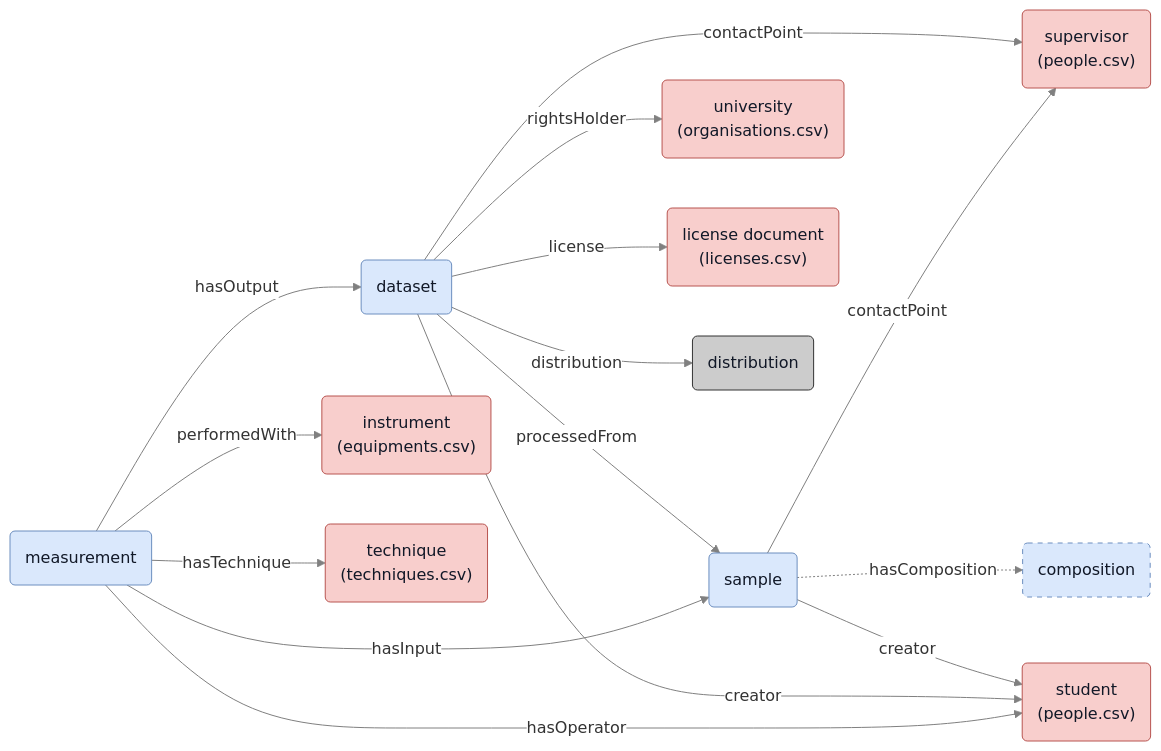
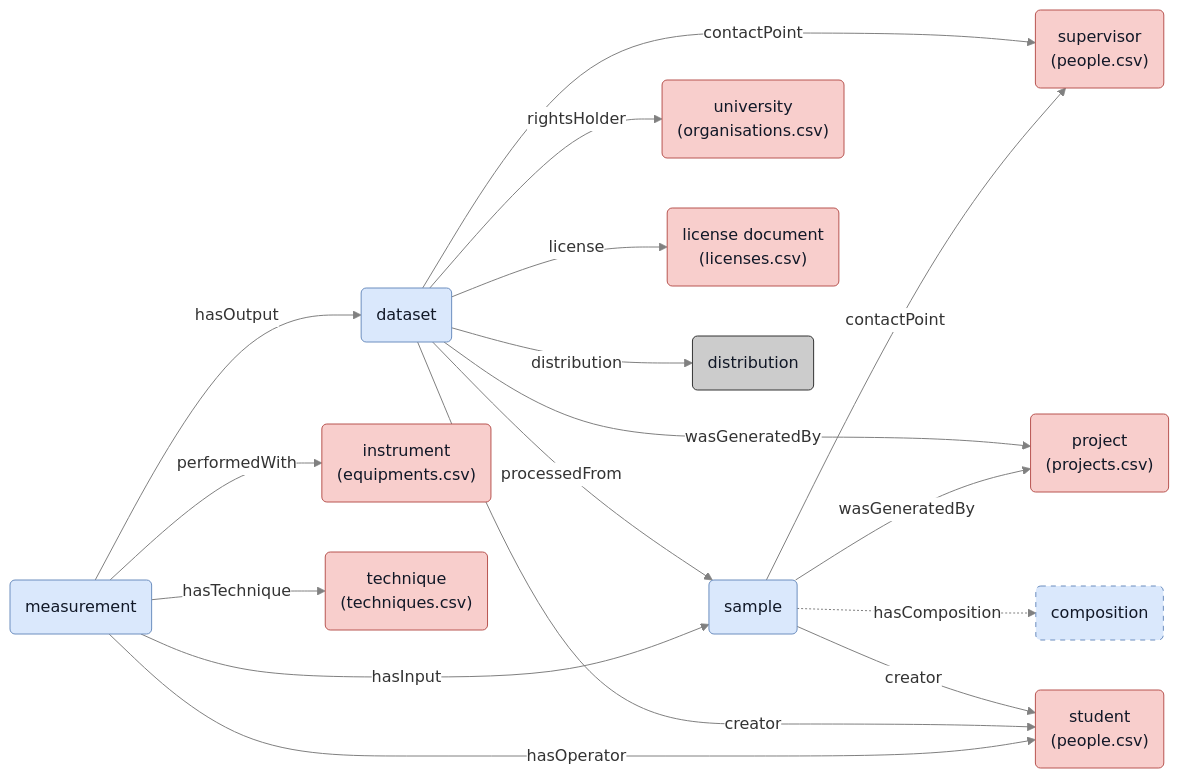
One commit to SINTEF/physmet-data-documentation-templates changed the diagram in docs/treeweaver2.md. Above: the diagram before and after it, drawn with Mermaid.

Commit message:
Updated treeweaver2 graph

````diff
--- a/docs/treeweaver2.md
+++ b/docs/treeweaver2.md
@@ -196,37 +196,40 @@
 ```mermaid
 ---
 config:
   theme: base
   themeVariables:
     background: '#ffffff'
     edgeLabelBackground: '#ffffff'
     lineColor: '#808080'
 ---
 flowchart LR
   classDef default fill:#f8cecc,stroke:#b85450,color:#111827;
   classDef blueBox fill:#dae8fc,stroke:#6c8ebf,color:#111827;
   classDef lightBlueBox fill:#dae8fc,stroke:#6c8ebf,color:#111827,stroke-dasharray: 5 5;
   classDef grayBox fill:#ccc,stroke:#333,color:#111827;
 
   D(dataset):::blueBox -- contactPoint --> CP("supervisor<br>(people.csv)")
+  D -- wasGeneratedBy --> PR("project<br>(projects.csv)")
   S(sample):::blueBox -- contactPoint --> CP
+  S -- wasGeneratedBy --> PR
   S -. hasComposition .-> C("composition"):::lightBlueBox
   S -- creator --> ST("student<br>(people.csv)")
   D -- rightsHolder --> RH("university<br>(organisations.csv)")
   D -- license --> LD("license document<br>(licenses.csv)")
   D -- creator --> ST
   D -- processedFrom --> S
   D -- distribution --> DI(distribution):::grayBox
   M(measurement):::blueBox -- hasInput --> S
   M -- hasOutput --> D
   M -- performedWith --> EQ("instrument<br>(equipments.csv)")
   M -- hasOperator --> ST
   M -- hasTechnique --> TC("technique<br>(techniques.csv)")
 
-  click CP "../templates/people.csv" "template"
-  click ST "../templates/people.csv" "template"
-  click RH "../templates/organisations.csv" "template"
-  click LD "../templates/licenses.csv" "template"
-  click EQ "../templates/equipments.csv" "template"
-  click TC "../templates/techniques.csv" "template"
+  click CP "https://github.com/SINTEF/physmet-data-documentation-templates/blob/main/shared/people.csv" "template"
+  click ST "https://github.com/SINTEF/physmet-data-documentation-templates/blob/main/shared/people.csv" "template"
+  click PR "https://github.com/SINTEF/physmet-data-documentation-templates/blob/main/shared/project.csv" "template"
+  click RH "https://github.com/SINTEF/physmet-data-documentation-templates/blob/main/shared/organisations.csv" "template"
+  click LD "https://github.com/SINTEF/physmet-data-documentation-templates/blob/main/shared/licenses.csv" "template"
+  click EQ "https://github.com/SINTEF/physmet-data-documentation-templates/blob/main/shared/equipments.csv" "template"
+  click TC "https://github.com/SINTEF/physmet-data-documentation-templates/blob/main/shared/techniques.csv" "template"
 ```
````
